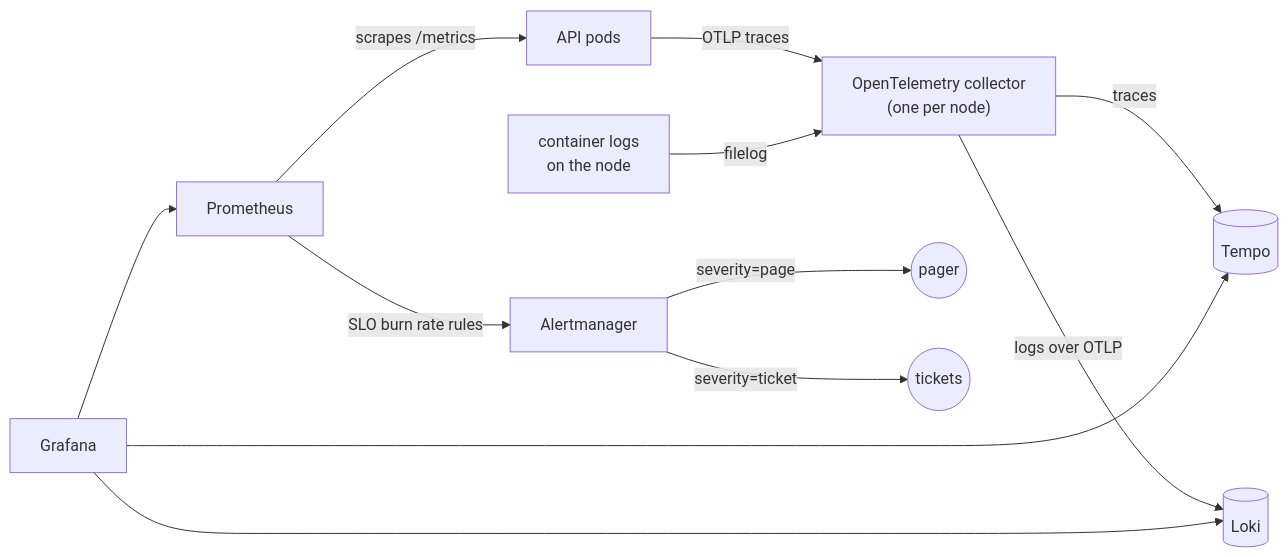
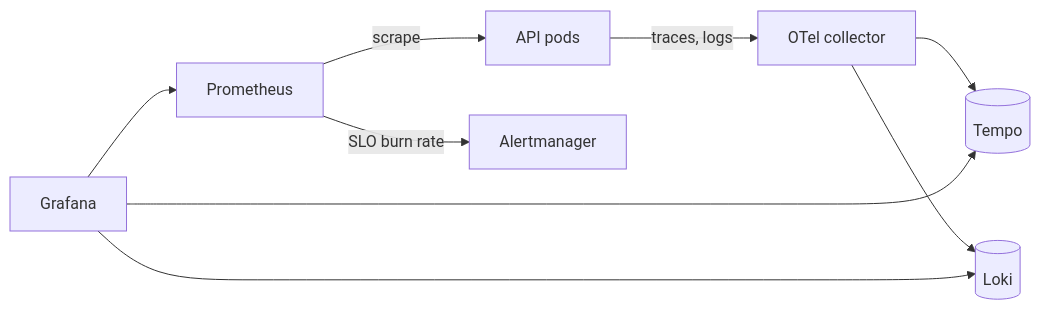
The fifth of 5 diagrams in README.md (rootsher/platform-delivery), drawn with Mermaid before and after one commit. The commit also changed other lines of this file, not shown here.

Commit message:
docs: split the readme diagrams and cut the prose

````diff
--- a/README.md
+++ b/README.md
@@ -141,14 +60,9 @@
 ```mermaid
 flowchart LR
-  api["API pods"] -- "OTLP traces" --> otel["OpenTelemetry collector<br/>(one per node)"]
-  pods["container logs<br/>on the node"] -- "filelog" --> otel
-  otel -- traces --> tempo[("Tempo")]
-  otel -- "logs over OTLP" --> loki[("Loki")]
-  prom["Prometheus"] -- "scrapes /metrics" --> api
-  prom -- "SLO burn rate rules" --> am["Alertmanager"]
-  am -- "severity=page" --> pager(("pager"))
-  am -- "severity=ticket" --> tickets(("tickets"))
-  grafana["Grafana"] --> prom
-  grafana --> tempo
-  grafana --> loki
+  api["API pods"] -- "traces, logs" --> otel["OTel collector"]
+  otel --> tempo[("Tempo")]
+  otel --> loki[("Loki")]
+  prom["Prometheus"] -- scrape --> api
+  prom -- "SLO burn rate" --> am["Alertmanager"]
+  grafana["Grafana"] --> prom & tempo & loki
 ```
````
